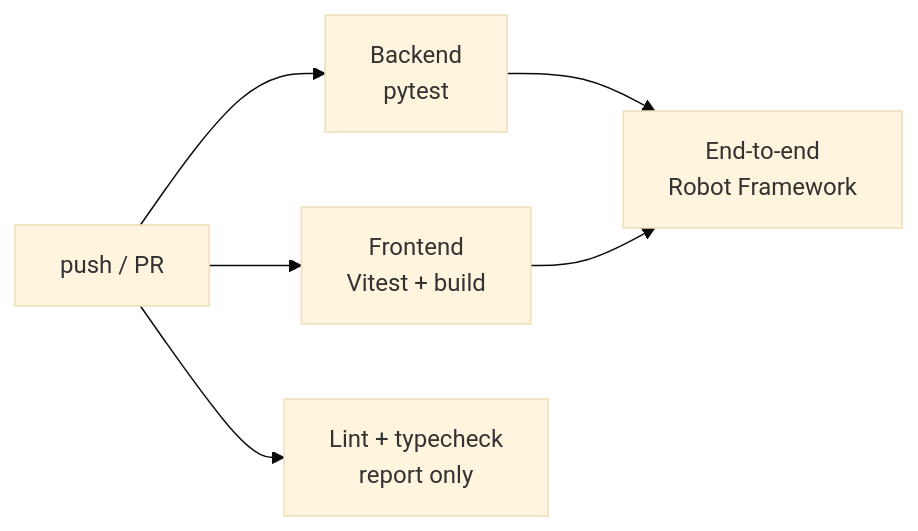
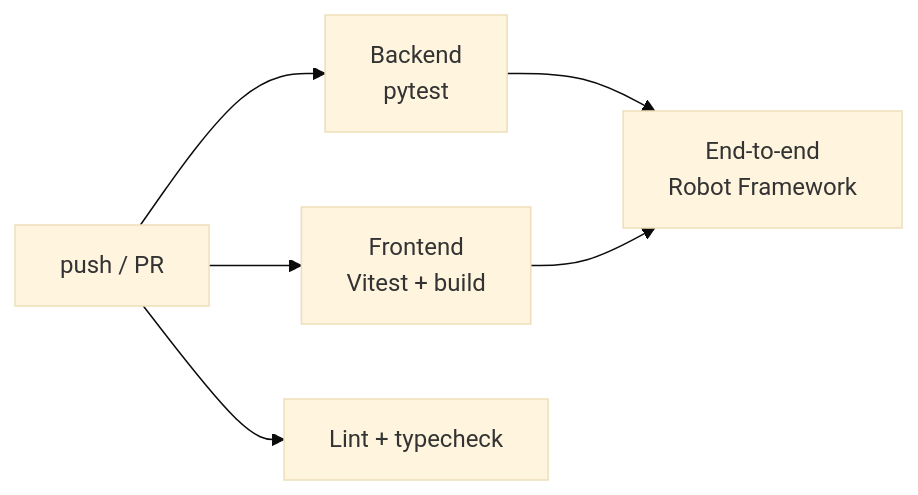
The diagram in docs/testing.md (w2001-RF/diplomTrack), drawn with Mermaid (base theme) before and after one commit. The commit also changed other lines of this file and 15 other files, not shown here.

First line of the commit message:
test: cover forms, upload and the dossier lifecycle; make lint and typecheck block CI

````diff
--- a/docs/testing.md
+++ b/docs/testing.md
@@ -152,8 +154,8 @@
 ```mermaid
 flowchart LR
     push["push / PR"] --> B["Backend<br/>pytest"]
     push --> F["Frontend<br/>Vitest + build"]
-    push --> S["Lint + typecheck<br/>report only"]
+    push --> S["Lint + typecheck"]
     B --> E["End-to-end<br/>Robot Framework"]
     F --> E
 ```
````
